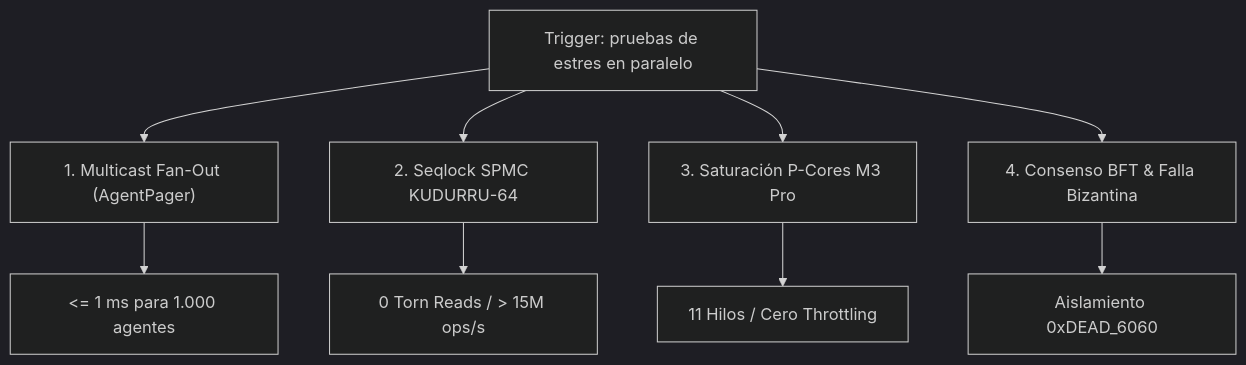
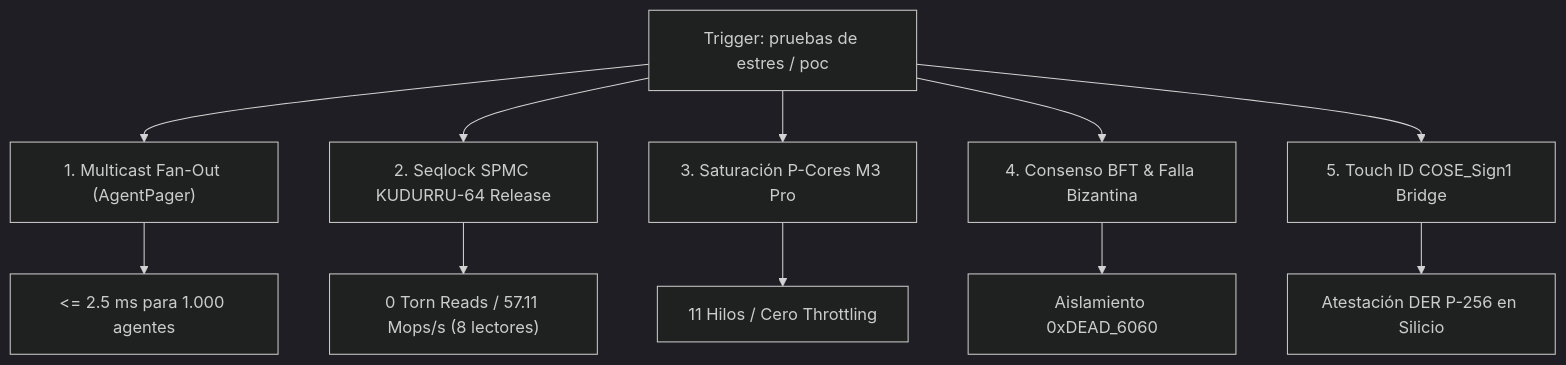
The diagram in skills/c5-silicon-stress-suite/SKILL.md (borjamoskv/cortex-persist), drawn with Mermaid (dark theme) before and after one commit. The commit also changed other lines of this file and 17 other files, not shown here.

````diff
--- a/skills/c5-silicon-stress-suite/SKILL.md
+++ b/skills/c5-silicon-stress-suite/SKILL.md
@@ -32,12 +32,14 @@
 ```mermaid
 graph TD
-    A["Trigger: pruebas de estres en paralelo"] --> B1["1. Multicast Fan-Out (AgentPager)"]
-    A --> B2["2. Seqlock SPMC KUDURRU-64"]
+    A["Trigger: pruebas de estres / poc"] --> B1["1. Multicast Fan-Out (AgentPager)"]
+    A --> B2["2. Seqlock SPMC KUDURRU-64 Release"]
     A --> B3["3. Saturación P-Cores M3 Pro"]
     A --> B4["4. Consenso BFT & Falla Bizantina"]
+    A --> B5["5. Touch ID COSE_Sign1 Bridge"]
 
-    B1 --> C1["<= 1 ms para 1.000 agentes"]
-    B2 --> C2["0 Torn Reads / > 15M ops/s"]
+    B1 --> C1["<= 2.5 ms para 1.000 agentes"]
+    B2 --> C2["0 Torn Reads / 57.11 Mops/s (8 lectores)"]
     B3 --> C3["11 Hilos / Cero Throttling"]
     B4 --> C4["Aislamiento 0xDEAD_6060"]
+    B5 --> C5["Atestación DER P-256 en Silicio"]
 ```
````
